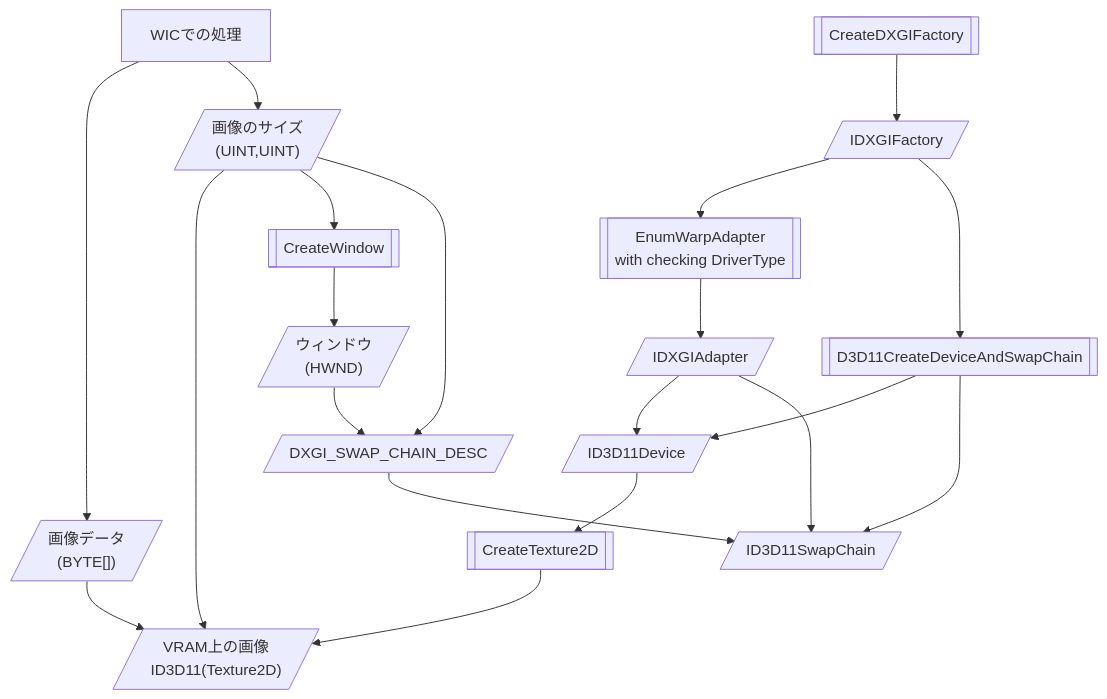
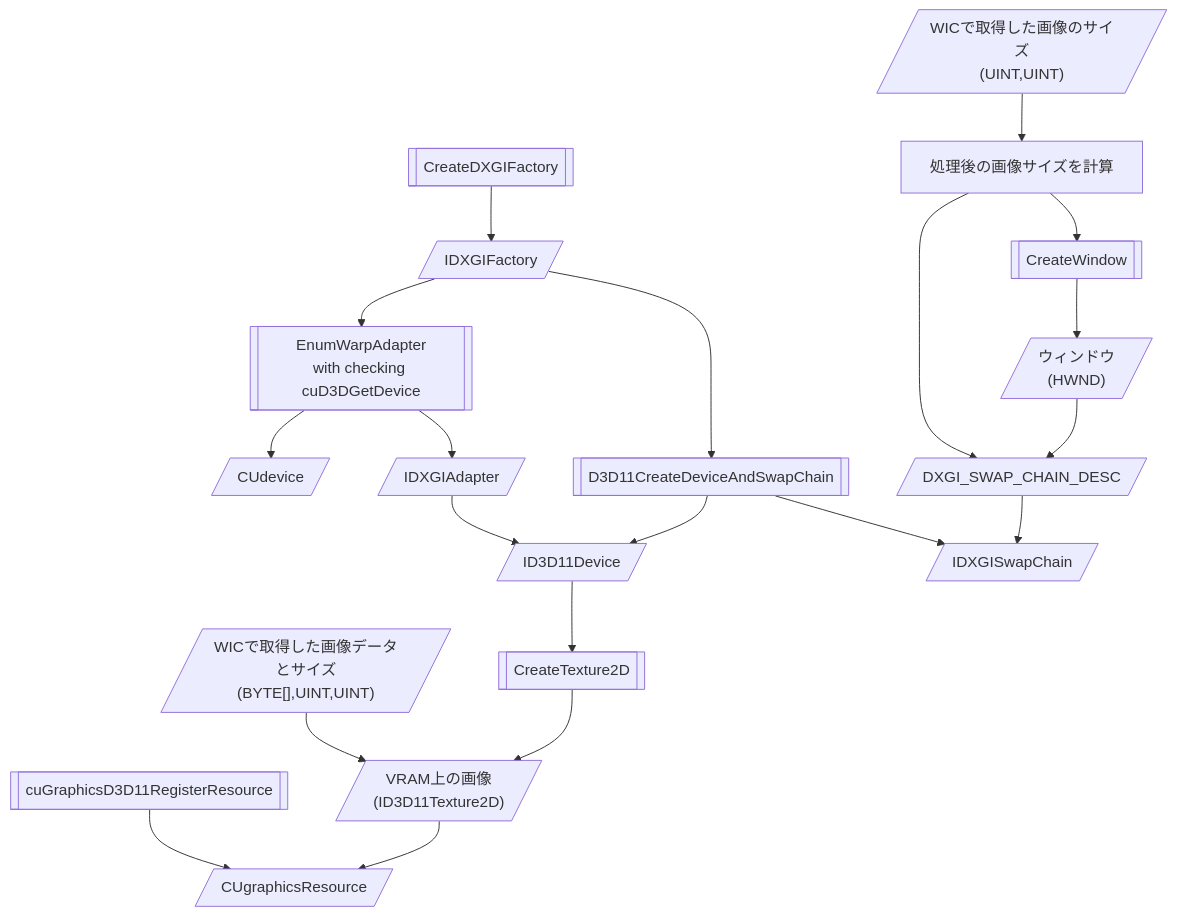
One commit to t3HyperParallel/ReportGPGPU changed the third of 3 diagrams in README.md. Above: the diagram before and after it, drawn with Mermaid. The commit also changed other lines of this file, not shown here.

````diff
--- a/README.md
+++ b/README.md
@@ -44,14 +56,18 @@
 ```mermaid
 flowchart TD
-  usingWIC["WICでの処理"]-->rawdata[/"画像データ<br/>(BYTE[])"/] & metadata[/"画像のサイズ<br/>(UINT,UINT)"/]
-  rawdata & metadata & ID3D11Device.CreateTexture2D-->ID3D11Texture2D[/"VRAM上の画像<br/>ID3D11(Texture2D)"/]
-  metadata-->CreateWindow[["CreateWindow"]]-->HWND[/"ウィンドウ<br/>(HWND)"/]
-  metadata & HWND-->DXGI_SWAP_CHAIN_DESC[/"DXGI_SWAP_CHAIN_DESC"/]
   CreateDXGIFactory[[CreateDXGIFactory]]-->IDXGIFactory[/"IDXGIFactory"/]
-  IDXGIFactory-->EnumWarpAdapter[[EnumWarpAdapter<br/>with checking DriverType]]-->IDXGIAdapter[/"IDXGIAdapter"/]
-  IDXGIFactory-->D3D11CreateDeviceAndSwapChain[[D3D11CreateDeviceAndSwapChain]]
-  D3D11CreateDeviceAndSwapChain & IDXGIAdapter-->ID3D11Device[/"ID3D11Device"/] & ID3D11SwapChain[/"ID3D11SwapChain"/]
-  DXGI_SWAP_CHAIN_DESC-->ID3D11SwapChain
-  ID3D11Device-->ID3D11Device.CreateTexture2D[[CreateTexture2D]]
   
+  IDXGIFactory-->EnumWarpAdapter[[EnumWarpAdapter<br/>with checking cuD3DGetDevice]]-->CUdevice[/"CUdevice"/] & IDXGIAdapter[/"IDXGIAdapter"/]
+  IDXGIAdapter-->ID3D11Device
+  
+  IDXGIFactory-->D3D11CreateDeviceAndSwapChain[[D3D11CreateDeviceAndSwapChain]]-->ID3D11Device[/"ID3D11Device"/] & IDXGISwapChain[/"IDXGISwapChain"/]
+  
+  imageSize[/"WICで取得した画像のサイズ<br/>(UINT,UINT)"/]-->calcImageSize["処理後の画像サイズを計算"]
+  calcImageSize-->CreateWindow[["CreateWindow"]]-->HWND[/"ウィンドウ<br/>(HWND)"/]
+  calcImageSize & HWND-->DXGI_SWAP_CHAIN_DESC[/"DXGI_SWAP_CHAIN_DESC"/]-->IDXGISwapChain
+  
+  ID3D11Device[/"ID3D11Device"/]-->ID3D11Device.CreateTexture2D[["CreateTexture2D"]]
+  rawImage[/"WICで取得した画像データとサイズ<br/>(BYTE[],UINT,UINT)"/]
+  rawImage & ID3D11Device.CreateTexture2D-->ID3D11Texture2D[/"VRAM上の画像<br/>(ID3D11Texture2D)"/]
+  cuGraphicsD3D11RegisterResource[["cuGraphicsD3D11RegisterResource"]] & ID3D11Texture2D-->CUgraphicsResource[/"CUgraphicsResource"/]
 ```
````
